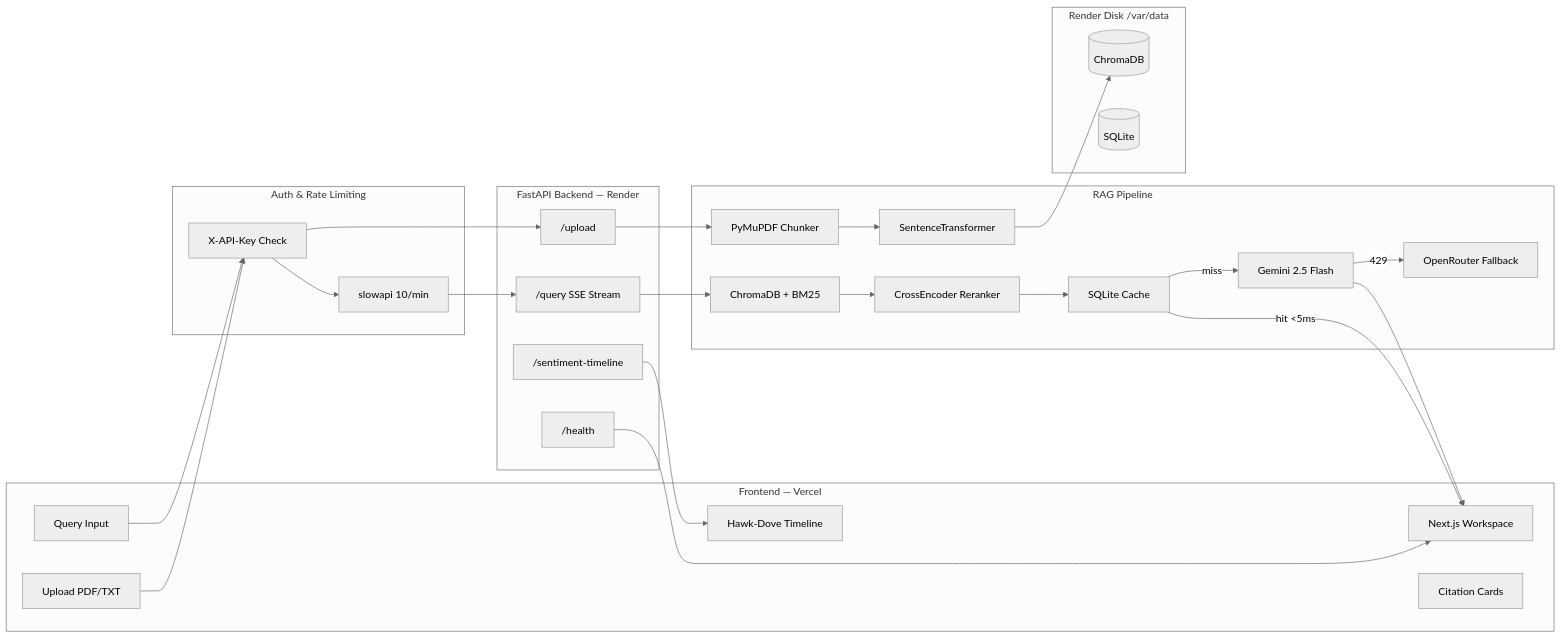
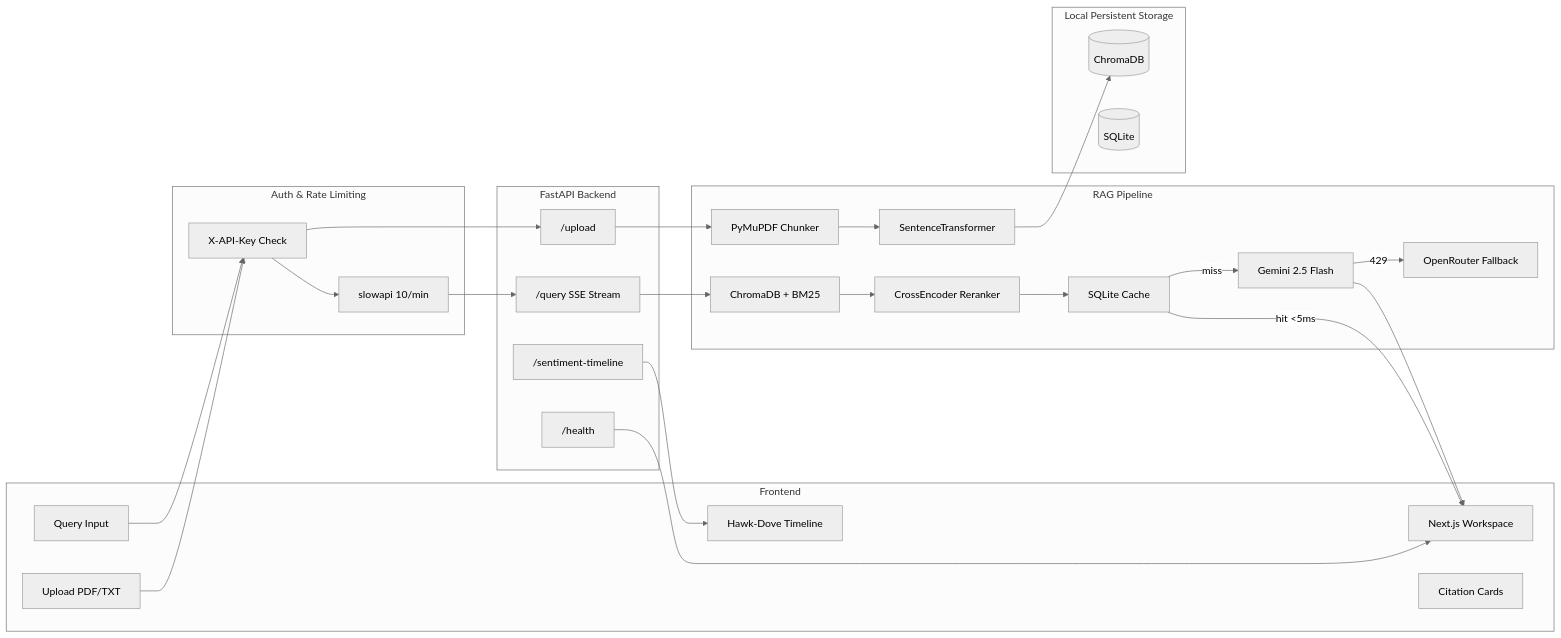
One commit to Karanchhunchha/fomc-ai-analyzer changed the diagram in README.md. Above: the diagram before and after it, drawn with Mermaid (neutral theme). The commit also changed other lines of this file, not shown here.

Commit message:
docs: optimize README for local enterprise usage and remove live deployment details

````diff
--- a/README.md
+++ b/README.md
@@ -52,46 +50,46 @@
 ```mermaid
 flowchart LR
-  subgraph "Frontend — Vercel"
+  subgraph "Frontend"
     UI["Next.js Workspace"]
     UP["Upload PDF/TXT"]
     QI["Query Input"]
     CR["Citation Cards"]
     ST["Hawk-Dove Timeline"]
   end
 
   subgraph "Auth & Rate Limiting"
     AK["X-API-Key Check"]
     RL["slowapi 10/min"]
   end
 
-  subgraph "FastAPI Backend — Render"
+  subgraph "FastAPI Backend"
     EP1["/upload"]
     EP2["/query SSE Stream"]
     EP3["/sentiment-timeline"]
     EP4["/health"]
   end
 
   subgraph "RAG Pipeline"
     CHK["PyMuPDF Chunker"]
     EMB["SentenceTransformer"]
     VEC["ChromaDB + BM25"]
     RR["CrossEncoder Reranker"]
     CAC["SQLite Cache"]
     GEM["Gemini 2.5 Flash"]
     OR["OpenRouter Fallback"]
   end
 
-  subgraph "Render Disk /var/data"
+  subgraph "Local Persistent Storage"
     CD[("ChromaDB")]
     SQ[("SQLite")]
   end
 
   UP --> AK --> EP1 --> CHK --> EMB --> CD
   QI --> AK --> RL --> EP2 --> VEC --> RR --> CAC
   CAC -- "hit <5ms" --> UI
   CAC -- "miss" --> GEM
   GEM -- "429" --> OR
   GEM --> UI
   EP3 --> ST
   EP4 --> UI
 ```
````
